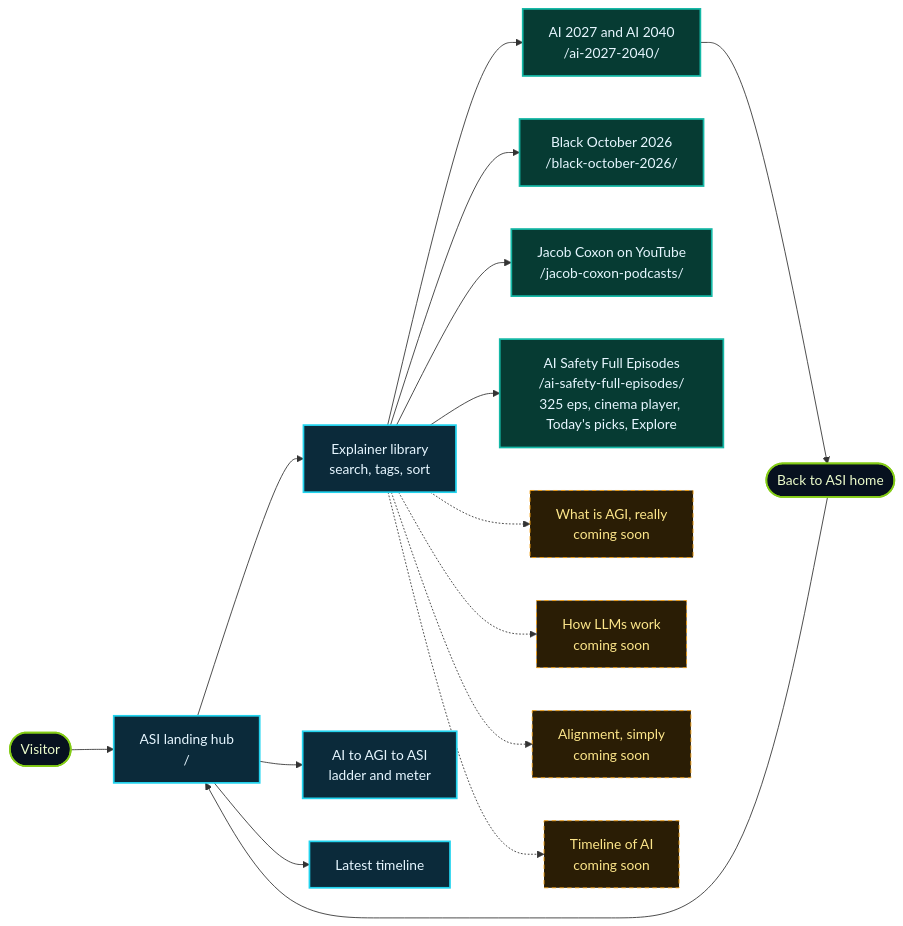
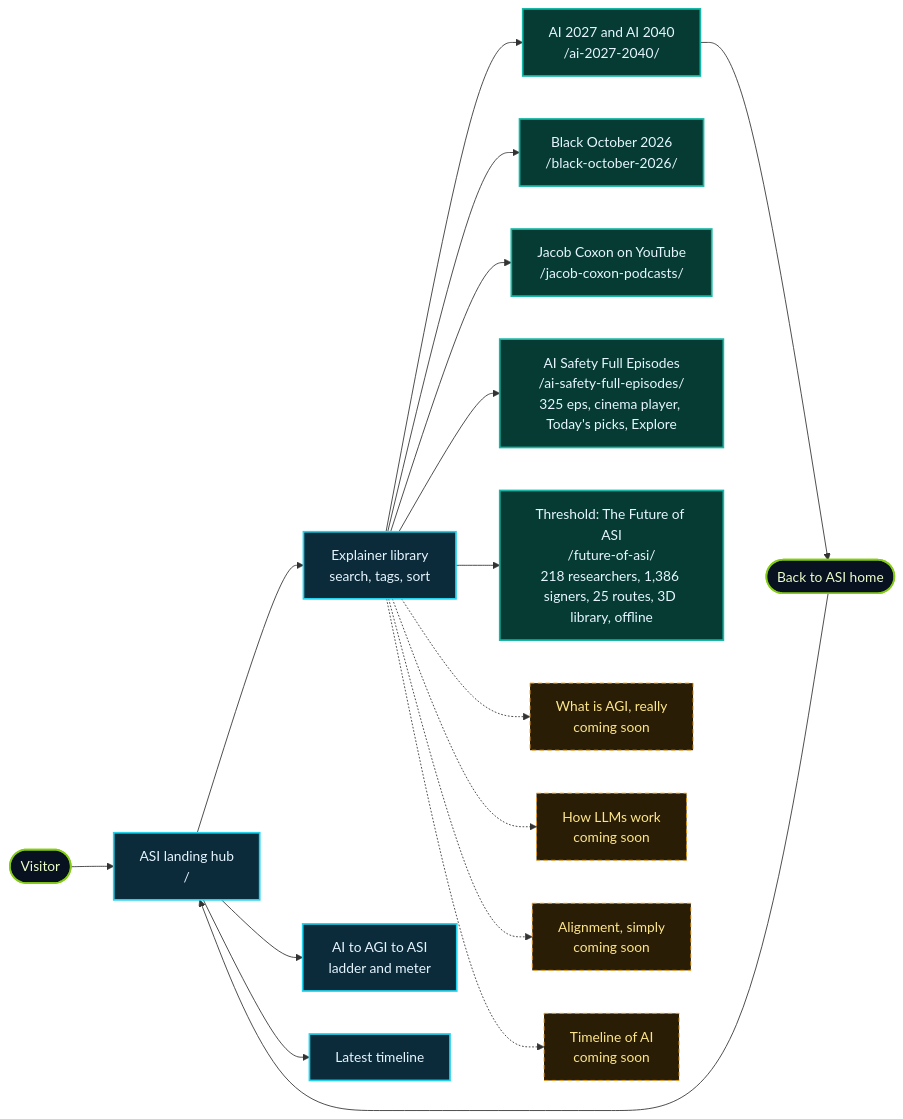
One commit to lo3elyon/ASI changed the first of 13 diagrams in README.md. Above: the diagram before and after it, drawn with Mermaid. The commit also changed other lines of this file and 26 other files, not shown here.

````diff
--- a/README.md
+++ b/README.md
@@ -70,25 +71,26 @@
 ```mermaid
 flowchart LR
     V(["Visitor"]) --> H["ASI landing hub<br/>/"]
     H --> L["Explainer library<br/>search, tags, sort"]
     H --> G["AI to AGI to ASI<br/>ladder and meter"]
     H --> T["Latest timeline"]
     L --> E1["AI 2027 and AI 2040<br/>/ai-2027-2040/"]
     L --> E6["Black October 2026<br/>/black-october-2026/"]
     L --> E7["Jacob Coxon on YouTube<br/>/jacob-coxon-podcasts/"]
     L --> E8["AI Safety Full Episodes<br/>/ai-safety-full-episodes/<br/>325 eps, cinema player, Today's picks, Explore"]
+    L --> E9["Threshold: The Future of ASI<br/>/future-of-asi/<br/>218 researchers, 1,386 signers, 25 routes, 3D library, offline"]
     L -.-> E2["What is AGI, really<br/>coming soon"]
     L -.-> E3["How LLMs work<br/>coming soon"]
     L -.-> E4["Alignment, simply<br/>coming soon"]
     L -.-> E5["Timeline of AI<br/>coming soon"]
     E1 --> B(["Back to ASI home"])
     B --> H
     classDef hub fill:#0b2a3a,stroke:#22d3ee,stroke-width:2px,color:#e6f6ff
     classDef live fill:#063b33,stroke:#14b8a6,stroke-width:2px,color:#e6f6ff
     classDef soon fill:#2a1d05,stroke:#f59e0b,stroke-dasharray:5 4,color:#fde68a
     classDef user fill:#07111f,stroke:#84cc16,stroke-width:2px,color:#ecfccb
     class H,L,G,T hub
-    class E1,E6,E7,E8 live
+    class E1,E6,E7,E8,E9 live
     class E2,E3,E4,E5 soon
     class V,B user
 ```
````
